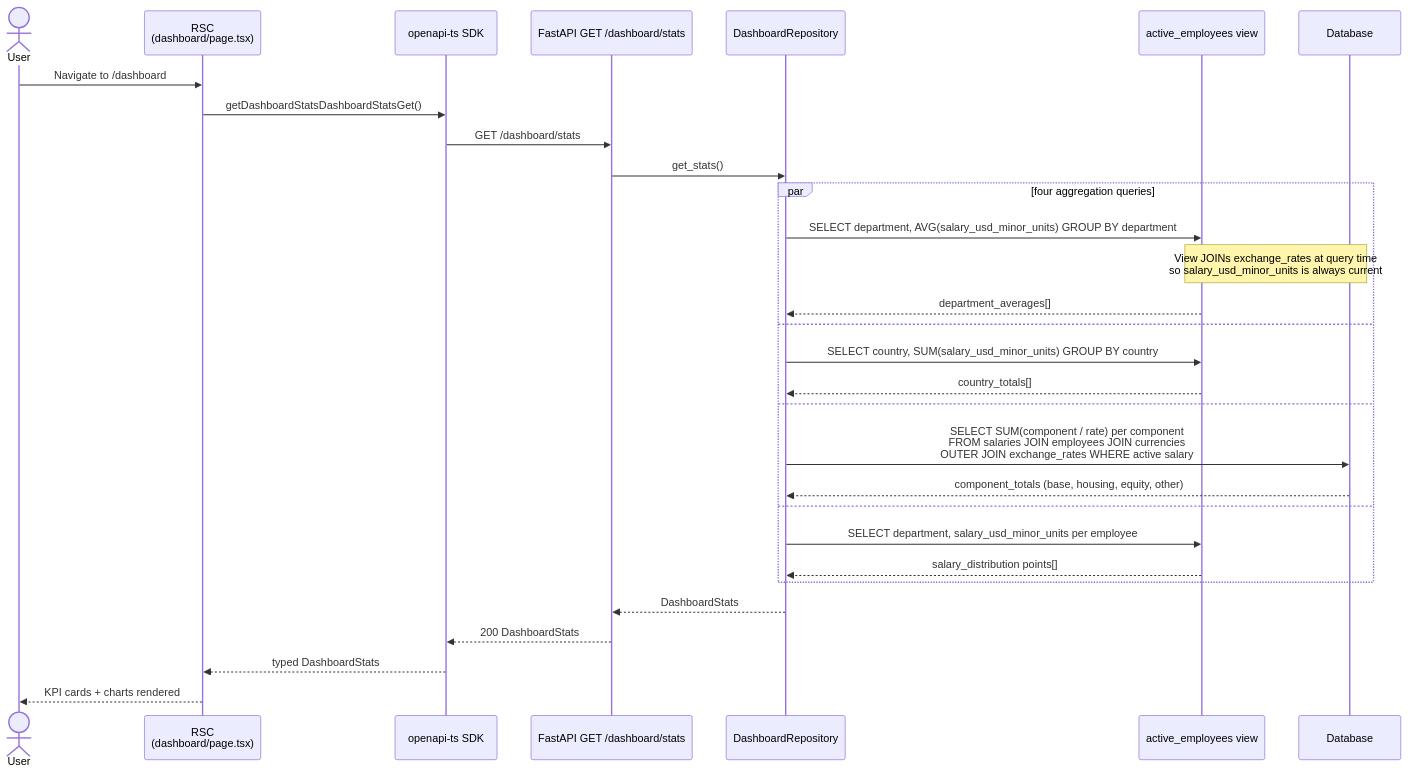
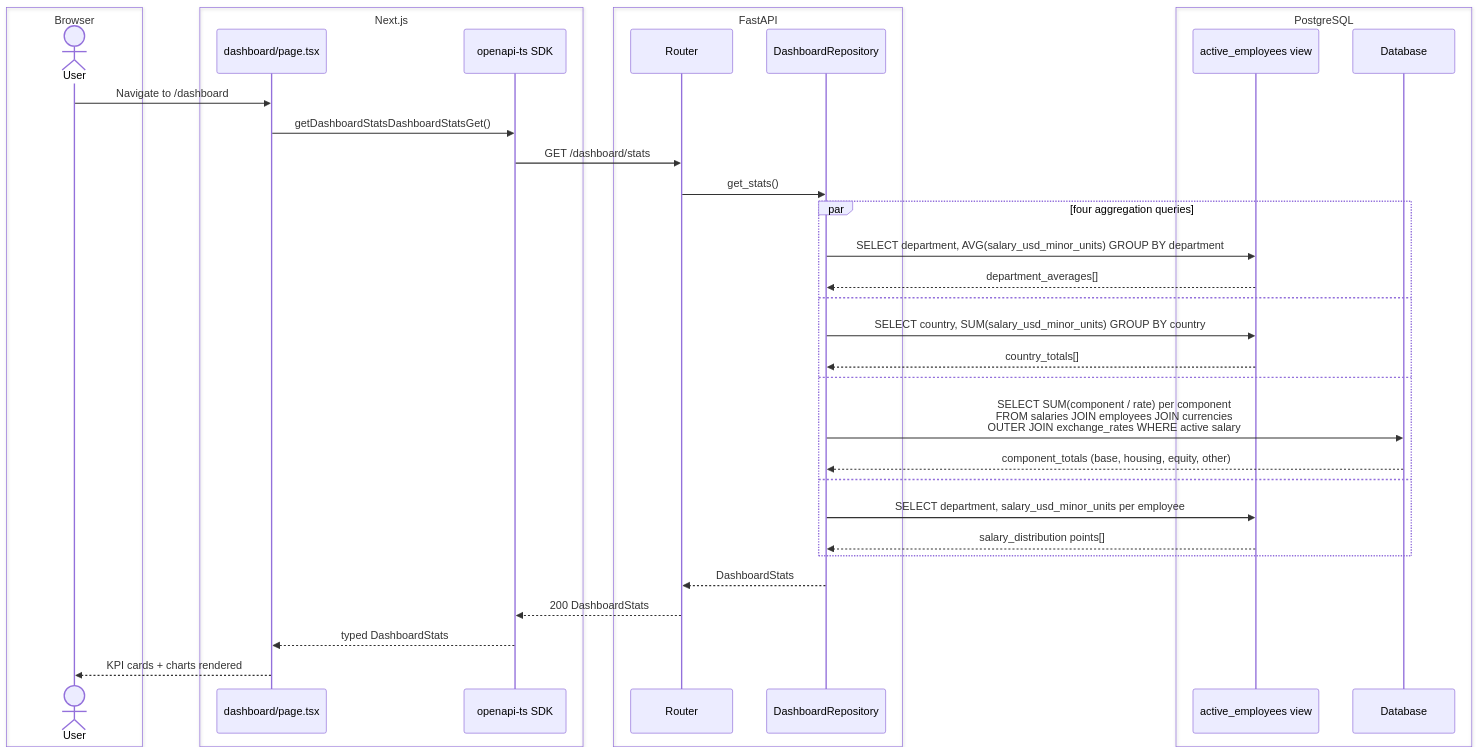
Before and after one commit to utsabbera/acme-salary-management: the sixth of 9 diagrams in docs/architecture.md, drawn with Mermaid. The commit also changed other lines of this file, not shown here.

First line of the commit message:
docs(architecture): refine sequence diagrams with box groupings and cleanup

````diff
--- a/docs/architecture.md
+++ b/docs/architecture.md
@@ -267,36 +291,43 @@
 ```mermaid
 sequenceDiagram
-    actor User
-    participant RSC as RSC<br/>(dashboard/page.tsx)
-    participant SDK as openapi-ts SDK
-    participant API as FastAPI GET /dashboard/stats
-    participant DashRepo as DashboardRepository
-    participant View as active_employees view
-    participant DB as Database
+    box Browser
+        actor User
+    end
+    box Next.js
+        participant RSC as dashboard/page.tsx
+        participant SDK as openapi-ts SDK
+    end
+    box FastAPI
+        participant API as Router
+        participant DashRepo as DashboardRepository
+    end
+    box PostgreSQL
+        participant View as active_employees view
+        participant DB as Database
+    end
 
     User->>RSC: Navigate to /dashboard
     RSC->>SDK: getDashboardStatsDashboardStatsGet()
     SDK->>API: GET /dashboard/stats
 
     API->>DashRepo: get_stats()
 
     par four aggregation queries
         DashRepo->>View: SELECT department, AVG(salary_usd_minor_units) GROUP BY department
-        Note over View,DB: View JOINs exchange_rates at query time<br/>so salary_usd_minor_units is always current
         View-->>DashRepo: department_averages[]
     and
         DashRepo->>View: SELECT country, SUM(salary_usd_minor_units) GROUP BY country
         View-->>DashRepo: country_totals[]
     and
         DashRepo->>DB: SELECT SUM(component / rate) per component<br/>FROM salaries JOIN employees JOIN currencies<br/>OUTER JOIN exchange_rates WHERE active salary
         DB-->>DashRepo: component_totals (base, housing, equity, other)
     and
         DashRepo->>View: SELECT department, salary_usd_minor_units per employee
         View-->>DashRepo: salary_distribution points[]
     end
 
     DashRepo-->>API: DashboardStats
     API-->>SDK: 200 DashboardStats
     SDK-->>RSC: typed DashboardStats
     RSC-->>User: KPI cards + charts rendered
 ```
````
